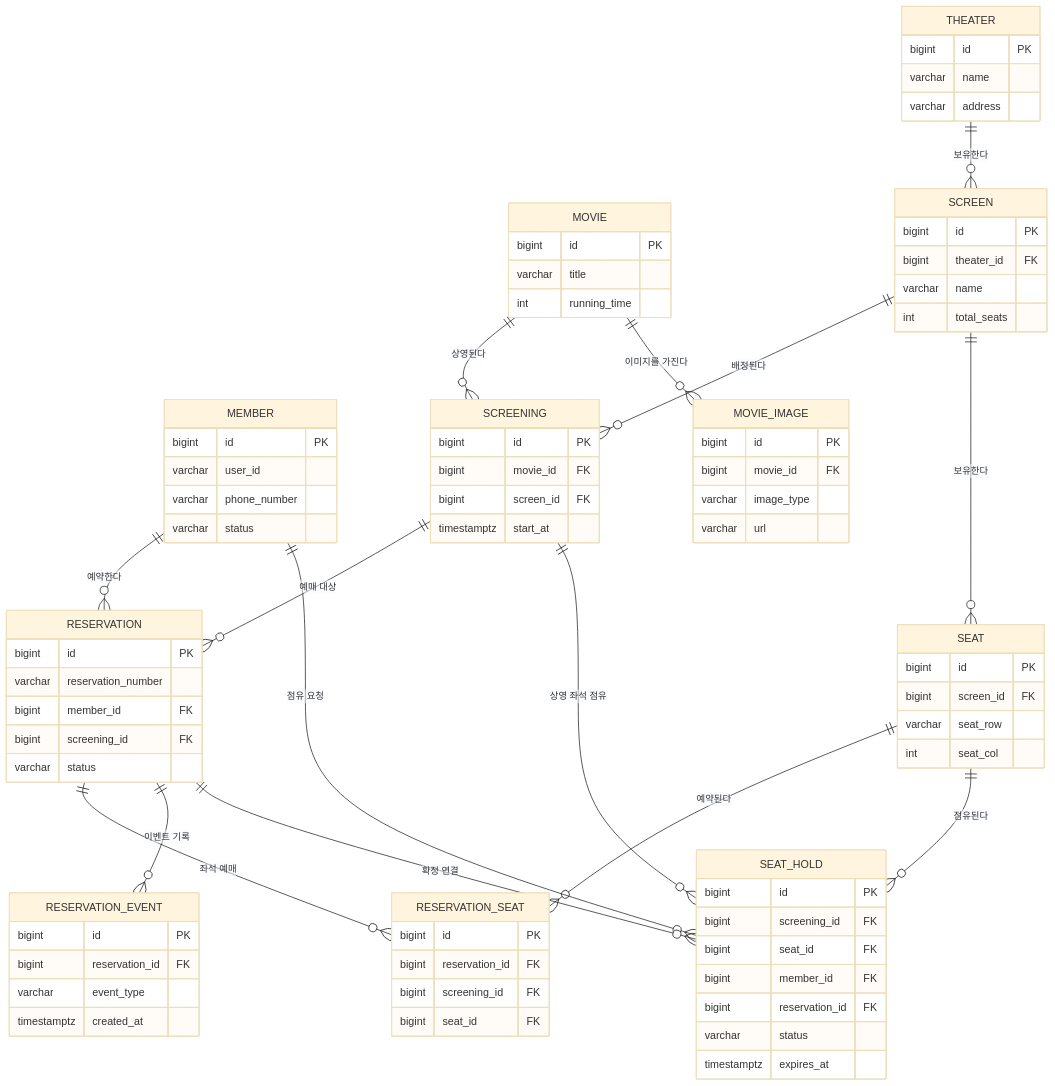
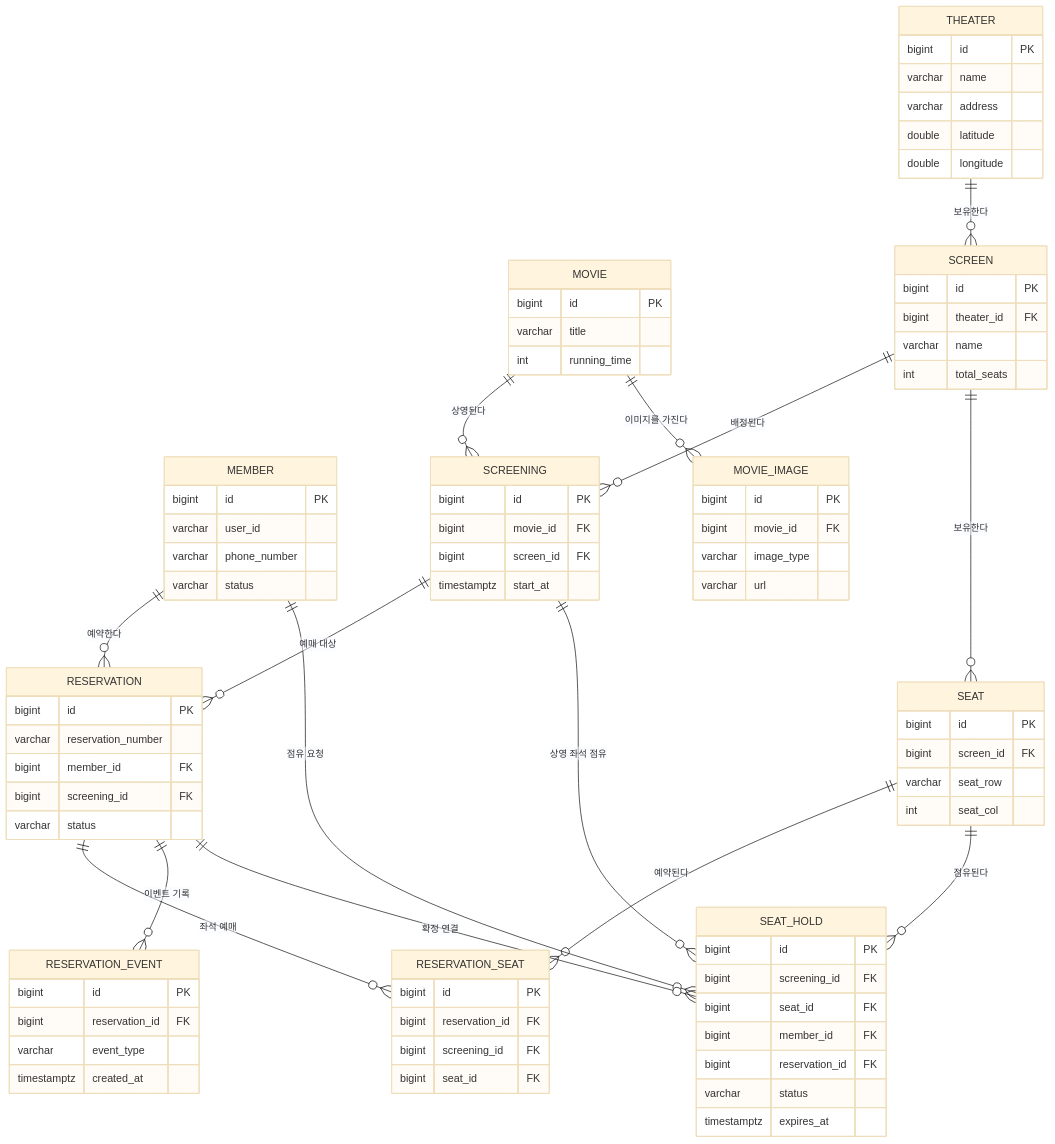
The first of 9 diagrams in architect.md (kangjuhyup/gc-project), drawn with Mermaid (base theme) before and after one commit. The commit also changed other lines of this file and 21 other files, not shown here.

```diff
--- a/architect.md
+++ b/architect.md
@@ -68,6 +68,8 @@
         bigint id PK
         varchar name
         varchar address
+        double latitude
+        double longitude
     }
 
     SCREEN {
```
